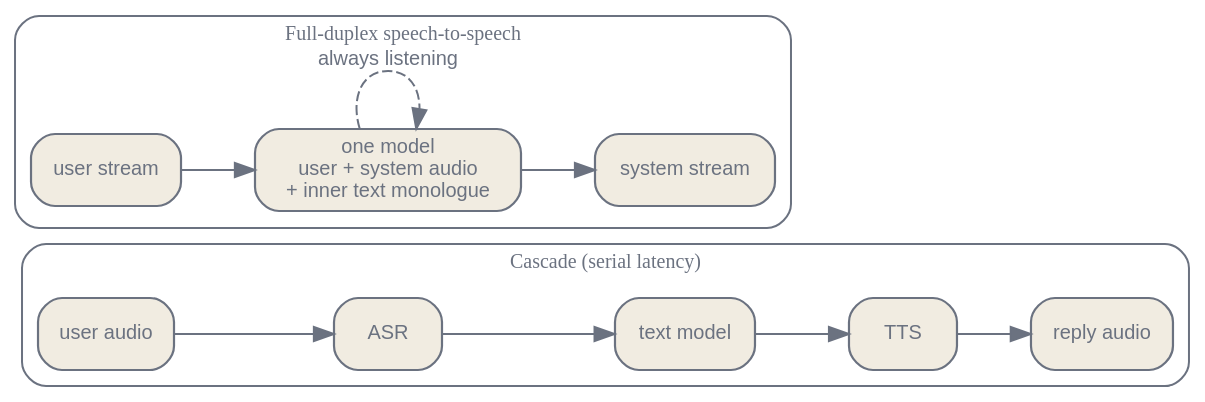
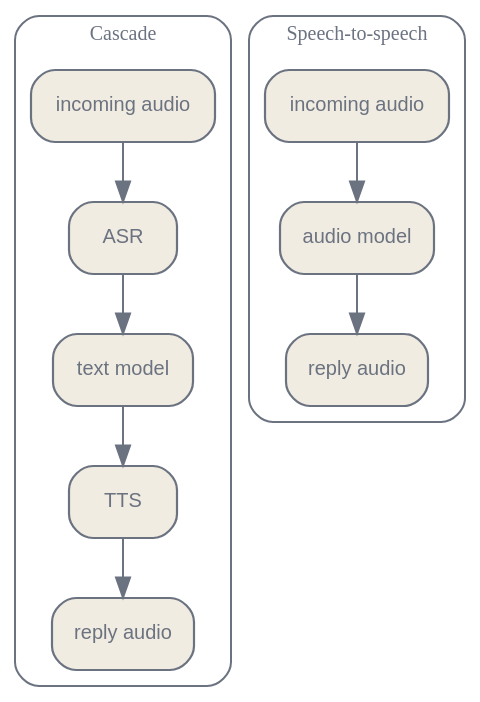
The diagram in en/generative/03-speech-and-voice.qmd (latere-ai/ai-as-an-infrastructure), drawn with Graphviz before and after one commit. The commit also changed other lines of this file and 9 other files, not shown here.

Commit message:
Rewrite speech and realtime voice chapter

````diff
--- a/en/generative/03-speech-and-voice.qmd
+++ b/en/generative/03-speech-and-voice.qmd
@@ -165,32 +288,27 @@
 ```{dot}
 //| label: fig-voice-cascade-vs-e2e
-//| fig-cap: "Two voice-agent designs. The cascade chains automatic speech recognition, a text model, and text-to-speech, so latency is the sum of three stages and everything passes through a text bottleneck that drops timing and prosody. A full-duplex speech-to-speech model carries the user's and system's audio as parallel token streams with an inner text monologue, always listening while speaking, so it emits audio before the user has finished. After Defossez et al. (2024)."
+//| fig-cap: "Two dependency structures for voice interaction. A cascade exposes transcript and text-response boundaries. A speech-to-speech model keeps audio inside one learned path. Either design may stream or wait for an endpoint; full duplex adds the separate requirement that input remains active during output."
 digraph {
   bgcolor="transparent";
-  rankdir=LR;
-  nodesep=0.4; ranksep=0.5;
+  rankdir=TB;
+  nodesep=0.35; ranksep=0.42;
   node [shape=box, style="rounded,filled", fontname="Helvetica", fontsize=10, color="#6b7280", fontcolor="#6b7280", fillcolor="#f1ece1", penwidth=1.1];
-  edge [fontsize=10, fontname="Helvetica", color="#6b7280", fontcolor="#6b7280"];
+  edge [fontsize=9, fontname="Helvetica", color="#6b7280", fontcolor="#6b7280"];
   subgraph cluster_C {
-    label="Cascade (serial latency)"; style=rounded; color="#6b7280"; fontcolor="#6b7280"; fontsize=10;
-    a1 [label="user audio"];
-    asr [label="ASR"];
-    llm [label="text model"];
-    tts [label="TTS"];
-    a2 [label="reply audio"];
-    a1 -> asr;
-    asr -> llm;
-    llm -> tts;
-    tts -> a2;
+    label="Cascade"; style=rounded; color="#6b7280"; fontcolor="#6b7280"; fontsize=10;
+    c_audio [label="incoming audio"];
+    c_asr [label="ASR"];
+    c_text [label="text model"];
+    c_tts [label="TTS"];
+    c_reply [label="reply audio"];
+    c_audio -> c_asr -> c_text -> c_tts -> c_reply;
   }
   subgraph cluster_E {
-    label="Full-duplex speech-to-speech"; style=rounded; color="#6b7280"; fontcolor="#6b7280"; fontsize=10;
-    u [label="user stream"];
-    m [label="one model\nuser + system audio\n+ inner text monologue"];
-    s [label="system stream"];
-    u -> m;
-    m -> s;
-    m -> m [style=dashed, label="always listening"];
+    label="Speech-to-speech"; style=rounded; color="#6b7280"; fontcolor="#6b7280"; fontsize=10;
+    e_audio [label="incoming audio"];
+    e_model [label="audio model"];
+    e_reply [label="reply audio"];
+    e_audio -> e_model -> e_reply;
   }
 }
 ```
````
